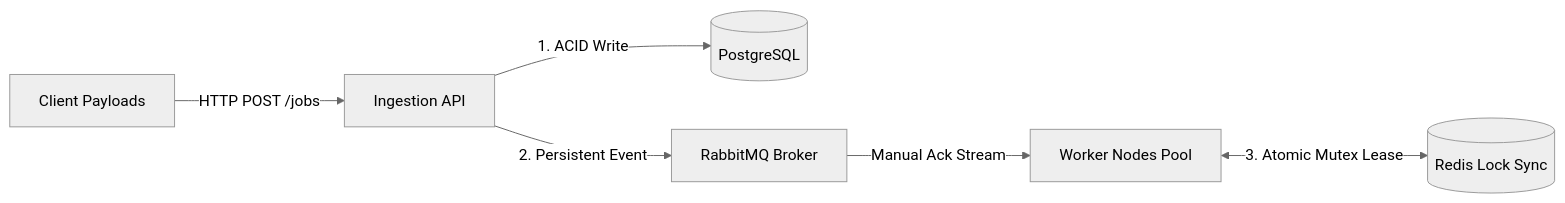
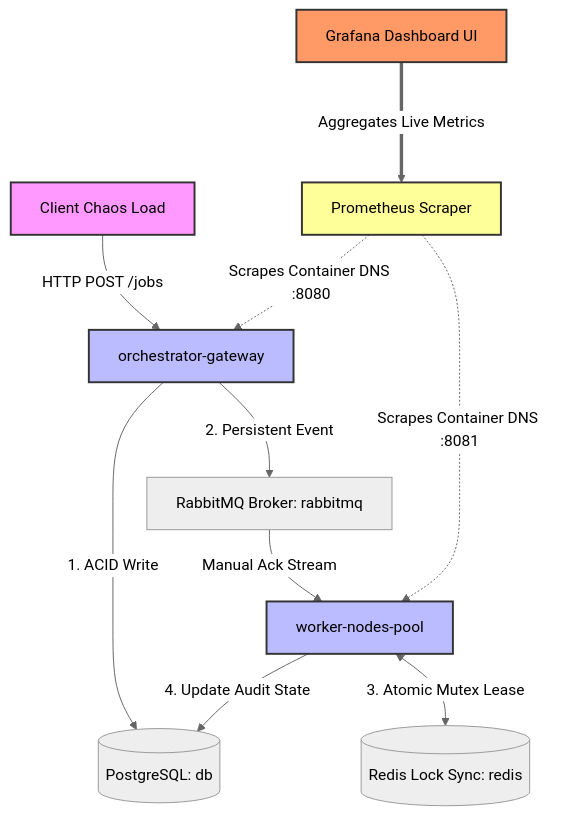
The diagram in README.md (aashiruu/distributed-orchestrator), drawn with Mermaid (neutral theme) before and after one commit. The commit also changed other lines of this file, not shown here.

````diff
--- a/README.md
+++ b/README.md
@@ -9,8 +10,24 @@
 ```mermaid
-graph LR
-    Client[Client Payloads] -->|HTTP POST /jobs| API[Ingestion API]
-    API -->|1. ACID Write| DB[(PostgreSQL)]
-    API -->|2. Persistent Event| MQ[RabbitMQ Broker]
-    MQ -->|Manual Ack Stream| Worker[Worker Nodes Pool]
-    Worker <-->|3. Atomic Mutex Lease| Redis[(Redis Lock Sync)]
+graph TD
+    %% Client & Core Ingestion
+    Client[Client Chaos Load] -->|HTTP POST /jobs| API[orchestrator-gateway]
+    API -->|1. ACID Write| DB[(PostgreSQL: db)]
+    API -->|2. Persistent Event| MQ[RabbitMQ Broker: rabbitmq]
+
+    %% Worker Processing Core
+    MQ -->|Manual Ack Stream| Worker[worker-nodes-pool]
+    Worker <-->|3. Atomic Mutex Lease| Redis[(Redis Lock Sync: redis)]
+    Worker -->|4. Update Audit State| DB
+
+    %% Observability Mesh Overlay
+    Prom[Prometheus Scraper] -.->|Scrapes Container DNS :8080| API
+    Prom -.->|Scrapes Container DNS :8081| Worker
+    Graf[Grafana Dashboard UI] ===>|Aggregates Live Metrics| Prom
+
+    %% Style Mappings
+    style Client fill:#f9f,stroke:#333,stroke-width:2px
+    style API fill:#bbf,stroke:#333,stroke-width:2px
+    style Worker fill:#bbf,stroke:#333,stroke-width:2px
+    style Prom fill:#ff9,stroke:#333,stroke-width:2px
+    style Graf fill:#f96,stroke:#333,stroke-width:2px
 ```
````
